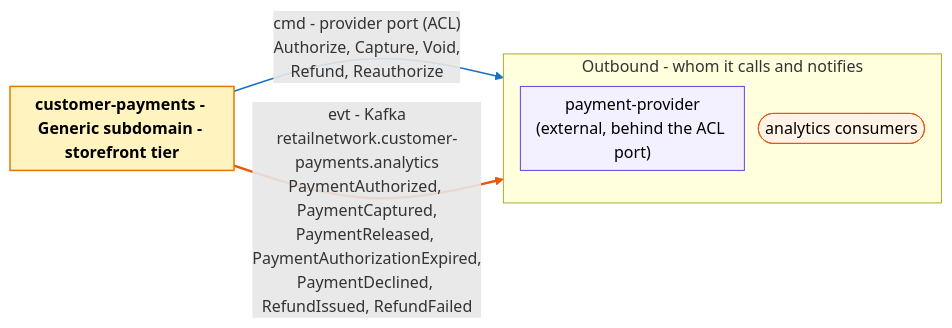
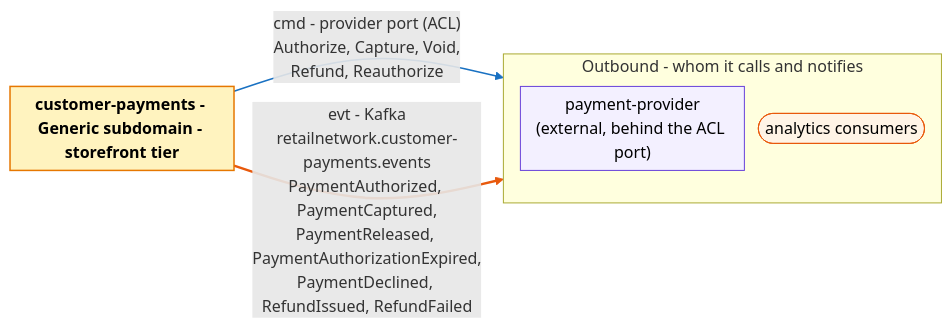
One commit to IQVO/warehouse-docs changed the second of 2 diagrams in storefront/docs/contexts/customer-payments/bounded-context-canvas.md. Above: the diagram before and after it, drawn with Mermaid. The commit also changed other lines of this file and 53 other files, not shown here.

Commit message:
docs(storefront): context packs as built - Service and operations on each index, event payloads/topics/dataschemas from develop, consumer-group env vars, Go packages, H8/H10 resolved; model+generator carry per-context analytics topic/dataschema

````diff
--- a/storefront/docs/contexts/customer-payments/bounded-context-canvas.md
+++ b/storefront/docs/contexts/customer-payments/bounded-context-canvas.md
@@ -72,18 +72,18 @@
 ```mermaid
 %%{init: {"flowchart": {"nodeSpacing": 14, "rankSpacing": 40, "padding": 6}}}%%
 flowchart LR
     classDef bc fill:#fff3bf,stroke:#e67700,stroke-width:1.5px,color:#000
     classDef ctx fill:#e7f5ff,stroke:#1c7ed6,color:#000
     classDef actor fill:#fff4e6,stroke:#e8590c,color:#000
     classDef ext fill:#f3f0ff,stroke:#6741d9,color:#000
     BC["<b>customer-payments - Generic subdomain - storefront tier</b>"]:::bc
     subgraph OUT["Outbound - whom it calls and notifies"]
         direction TB
         out0["payment-provider<br/>(external, behind the ACL port)"]:::ext
         out1(["analytics consumers"]):::actor
     end
     BC -->|"cmd - provider port (ACL)<br/>Authorize, Capture, Void,<br/>Refund, Reauthorize"| out0
-    BC ==>|"evt - Kafka<br/>retailnetwork.customer-payments.analytics<br/>PaymentAuthorized, PaymentCaptured,<br/>PaymentReleased, PaymentAuthorizationExpired,<br/>PaymentDeclined, RefundIssued, RefundFailed"| out1
+    BC ==>|"evt - Kafka<br/>retailnetwork.customer-payments.events<br/>PaymentAuthorized, PaymentCaptured,<br/>PaymentReleased, PaymentAuthorizationExpired,<br/>PaymentDeclined, RefundIssued, RefundFailed"| out1
     linkStyle 0 stroke:#1971c2,stroke-width:1.5px
     linkStyle 1 stroke:#e8590c,stroke-width:2.5px
 ```
````
